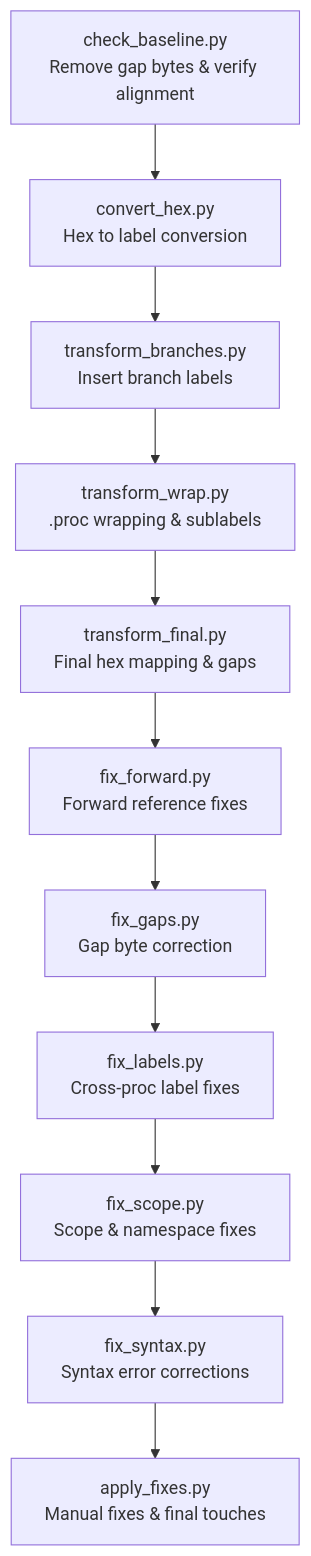
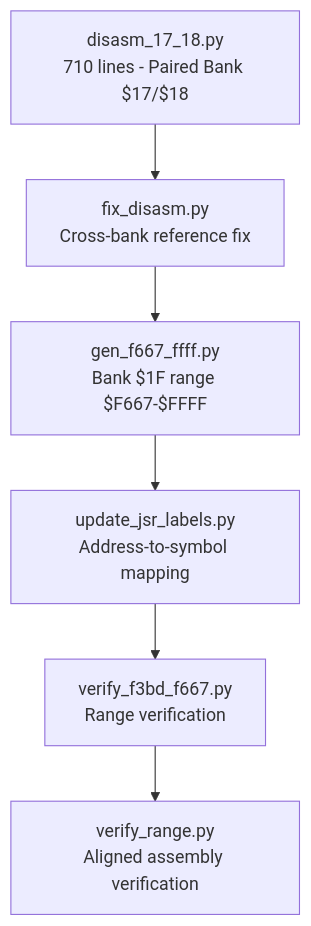
Before and after one commit to rabbyzero/sango2dasm: the ninth of 11 diagrams in .qoder/repowiki/en/content/Build System and Tools/Build System and Tools.md, drawn with Mermaid. The commit also changed other lines of this file and 21 other files, not shown here.

Commit message:
comment aligned. bank $17 $18 parsing.

````diff
--- a/.qoder/repowiki/en/content/Build System and Tools/Build System and Tools.md
+++ b/.qoder/repowiki/en/content/Build System and Tools/Build System and Tools.md
@@ -443,13 +455,8 @@
 ```mermaid
 flowchart TD
-Stage1["check_baseline.py<br/>Remove gap bytes & verify alignment"] --> Stage2["convert_hex.py<br/>Hex to label conversion"]
-Stage2 --> Stage3["transform_branches.py<br/>Insert branch labels"]
-Stage3 --> Stage4["transform_wrap.py<br/>.proc wrapping & sublabels"]
-Stage4 --> Stage5["transform_final.py<br/>Final hex mapping & gaps"]
-Stage5 --> Stage6["fix_forward.py<br/>Forward reference fixes"]
-Stage6 --> Stage7["fix_gaps.py<br/>Gap byte correction"]
-Stage7 --> Stage8["fix_labels.py<br/>Cross-proc label fixes"]
-Stage8 --> Stage9["fix_scope.py<br/>Scope & namespace fixes"]
-Stage9 --> Stage10["fix_syntax.py<br/>Syntax error corrections"]
-Stage10 --> Stage11["apply_fixes.py<br/>Manual fixes & final touches"]
+Stage1["disasm_17_18.py<br/>710 lines - Paired Bank $17/$18"] --> Stage2["fix_disasm.py<br/>Cross-bank reference fix"]
+Stage2 --> Stage3["gen_f667_ffff.py<br/>Bank $1F range $F667-$FFFF"]
+Stage3 --> Stage4["update_jsr_labels.py<br/>Address-to-symbol mapping"]
+Stage4 --> Stage5["verify_f3bd_f667.py<br/>Range verification"]
+Stage5 --> Stage6["verify_range.py<br/>Aligned assembly verification"]
 ```
````
